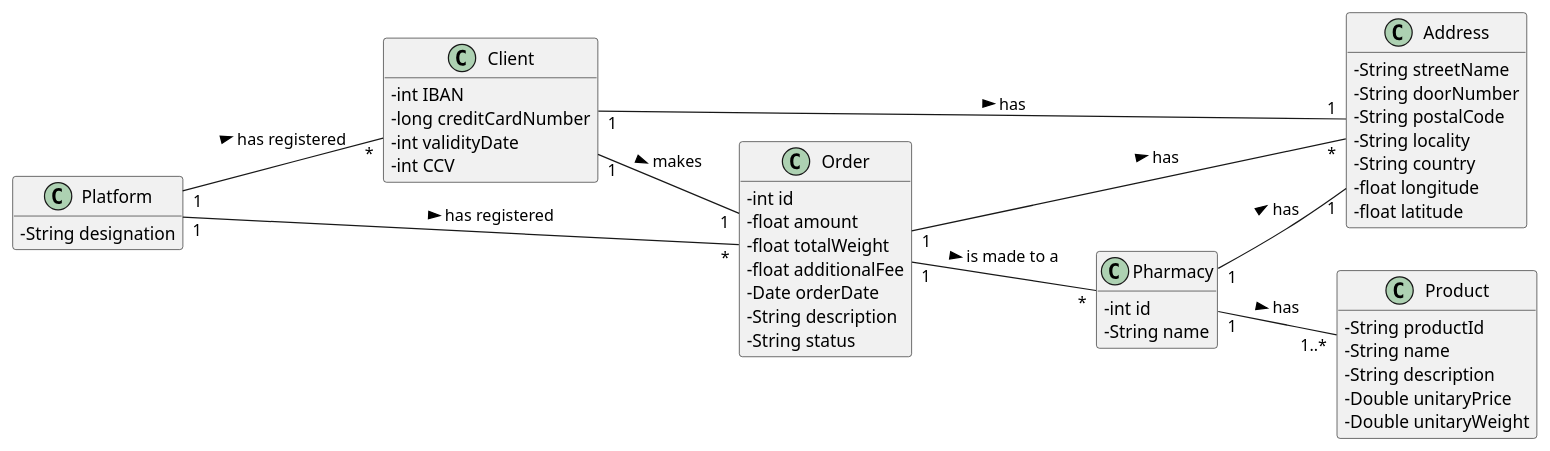
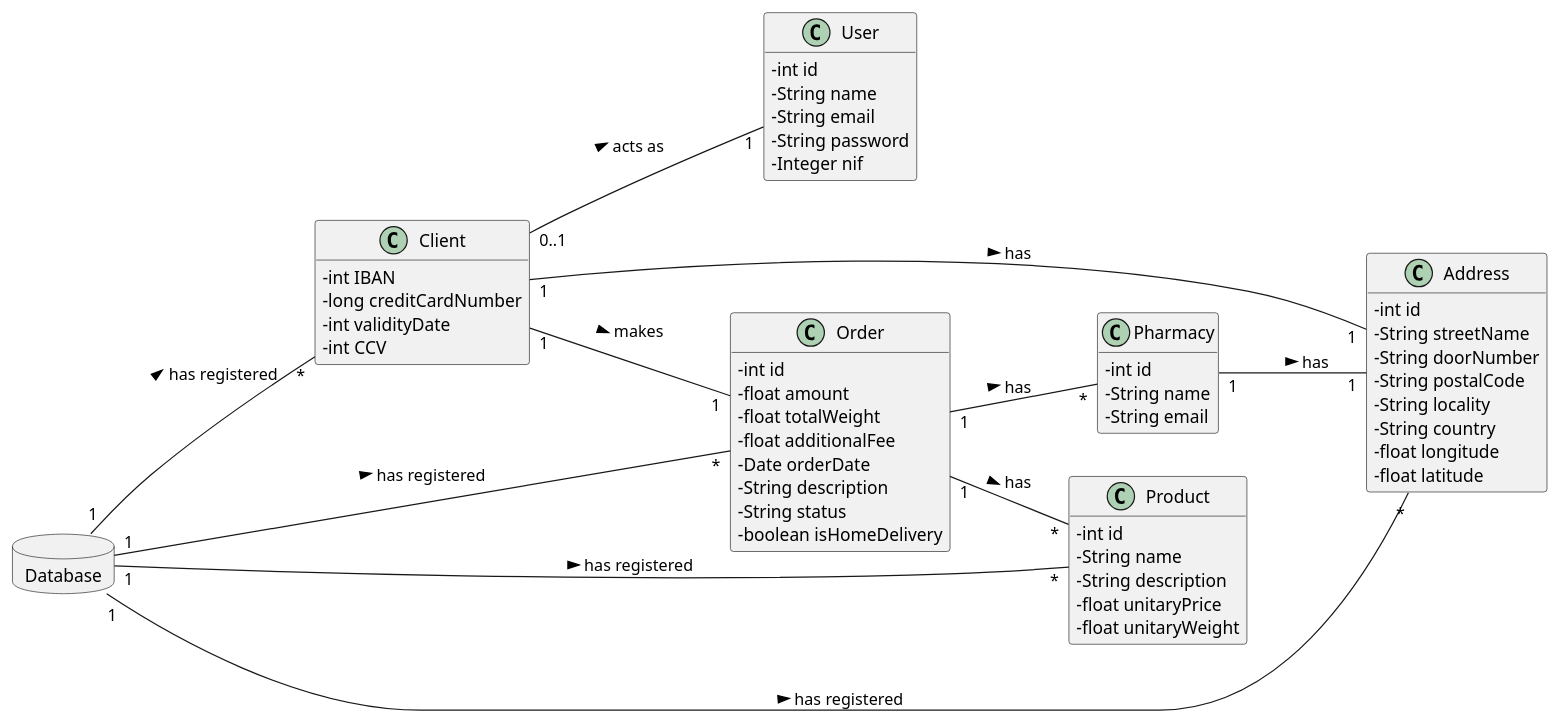
One commit to tiagoavcosta25/LAPR3 changed the diagram in docs/Iteration 3/Make An Order/Refinement/US74_NotifyAndRemove/US74_DM.puml. Above: the diagram before and after it, drawn with PlantUML. The commit also changed 2 other files, not shown here.

```diff
--- a/docs/Iteration 3/Make An Order/Refinement/US74_NotifyAndRemove/US74_DM.puml
+++ b/docs/Iteration 3/Make An Order/Refinement/US74_NotifyAndRemove/US74_DM.puml
@@ -1,57 +1,71 @@
 @startuml
 skinparam classAttributeIconSize 0
 hide methods
 left to right direction
 
-class Platform {
--   String designation
+database Database {
 }
+
+class User{
+-   int id
+-   String name
+-   String email
+-   String password
+-   Integer nif
+}
+
 class Client{
 -   int IBAN
 -   long creditCardNumber
 -   int validityDate
 -   int CCV
 }
 
 class Address{
+-   int id
 -   String streetName
 -   String doorNumber
 -   String postalCode
 -   String locality
 -   String country
 -   float longitude
 -   float latitude
 }
 
 class Order{
 -   int id
 -   float amount
 -   float totalWeight
 -   float additionalFee
 -   Date orderDate
 -   String description
 -   String status
+-   boolean isHomeDelivery
+}
+
+class Product{
+-   int id
+-   String name
+-   String description
+-   float unitaryPrice
+-   float unitaryWeight
 }
 
 class Pharmacy{
 -   int id
 -   String name
+-   String email
 }
 
-class Product{
-    -String productId
-    -String name
-    -String description
-    -Double unitaryPrice
-    -Double unitaryWeight
-}
 
-Platform "1" -- "*" Client : has registered >
-Order "1" -- "*" Address : has >
-Order "1" -- "*" Pharmacy : is made to a >
-Platform "1" -- "*" Order : has registered >
+Database "1" -- "*" Client : has registered >
+Database "1" -- "*" Order : has registered >
+Database "1" -- "*" Product : has registered >
+Database "1" -- "*" Address : has registered >
+Order "1" -- "*" Product : has >
+Order "1" -- "*" Pharmacy : has >
+Client "0..1" -- "1" User: acts as >
 Client "1" -- "1" Order : makes >
 Client "1" -- "1" Address : has >
 Pharmacy "1" -- "1" Address : has >
-Pharmacy "1" -- "1..*" Product : has >
 @enduml
```
